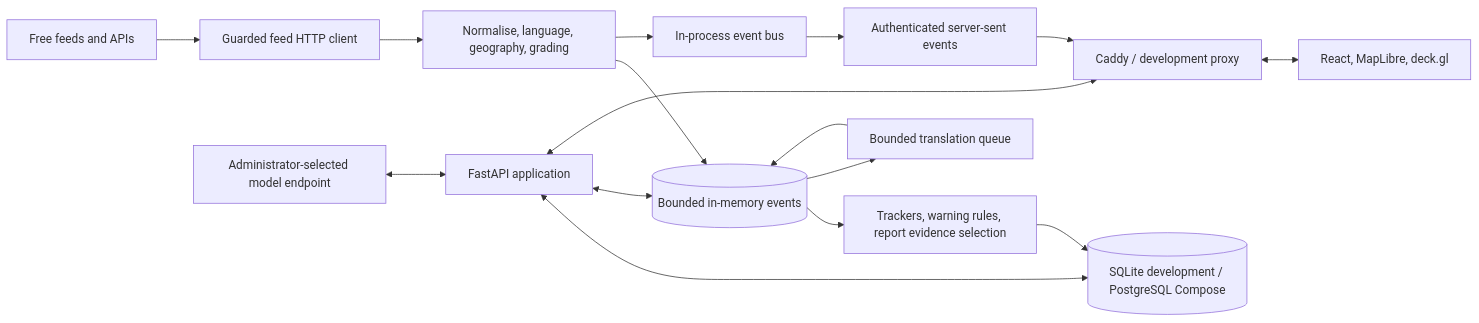
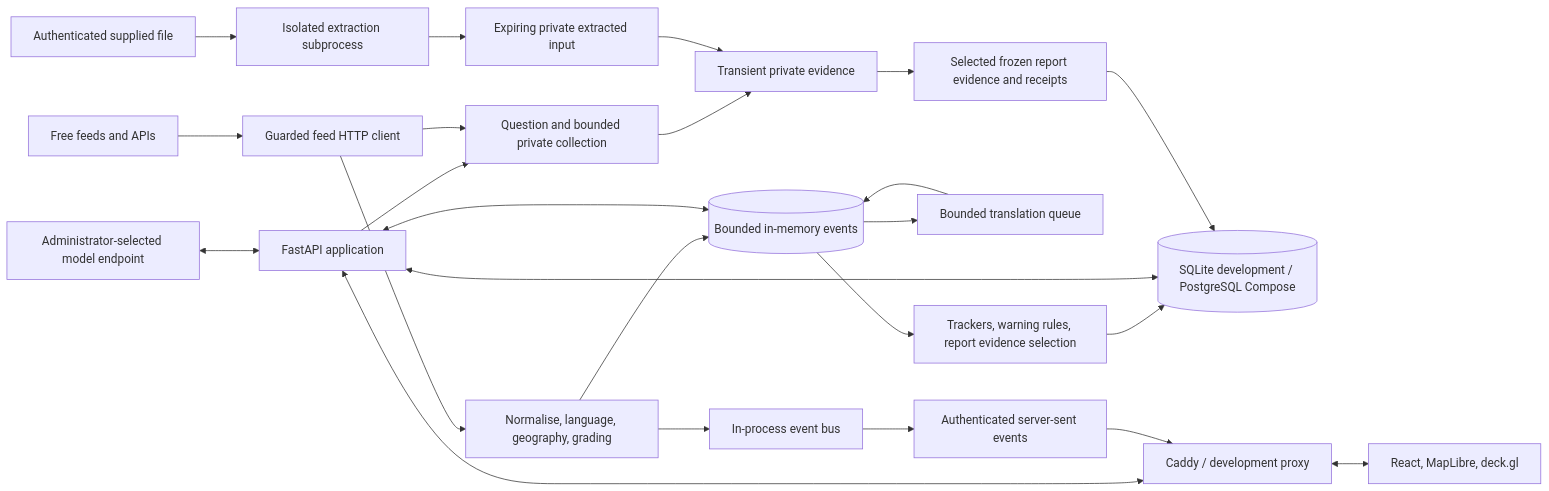
Before and after one commit to ShabalalaWATP/AllSeeingEye: the diagram in docs/01_ARCHITECTURE.md, drawn with Mermaid. The commit also changed other lines of this file and 10 other files, not shown here.

````diff
--- a/docs/01_ARCHITECTURE.md
+++ b/docs/01_ARCHITECTURE.md
@@ -28,18 +29,26 @@
 ```mermaid
 flowchart LR
   FEEDS[Free feeds and APIs] --> HTTP[Guarded feed HTTP client]
   HTTP --> PIPE[Normalise, language, geography, grading]
   PIPE --> LIVE[(Bounded in-memory events)]
   PIPE --> BUS[In-process event bus]
   LIVE --> TRACKERS[Trackers, warning rules, report evidence selection]
   TRACKERS --> DB[(SQLite development / PostgreSQL Compose)]
   LIVE --> TRANSLATE[Bounded translation queue]
   TRANSLATE --> LIVE
   MODEL[Administrator-selected model endpoint] <--> API[FastAPI application]
   API <--> DB
   API <--> LIVE
+  API --> RESEARCH[Question and bounded private collection]
+  HTTP --> RESEARCH
+  RESEARCH --> PRIVATE[Transient private evidence]
+  UPLOAD[Authenticated supplied file] --> WORKER[Isolated extraction subprocess]
+  WORKER --> INPUT[Expiring private extracted input]
+  INPUT --> PRIVATE
+  PRIVATE --> SAVED[Selected frozen report evidence and receipts]
+  SAVED --> DB
   BUS --> SSE[Authenticated server-sent events]
   API <--> CADDY[Caddy / development proxy]
   SSE --> CADDY
   CADDY <--> WEB[React, MapLibre, deck.gl]
 ```
````
